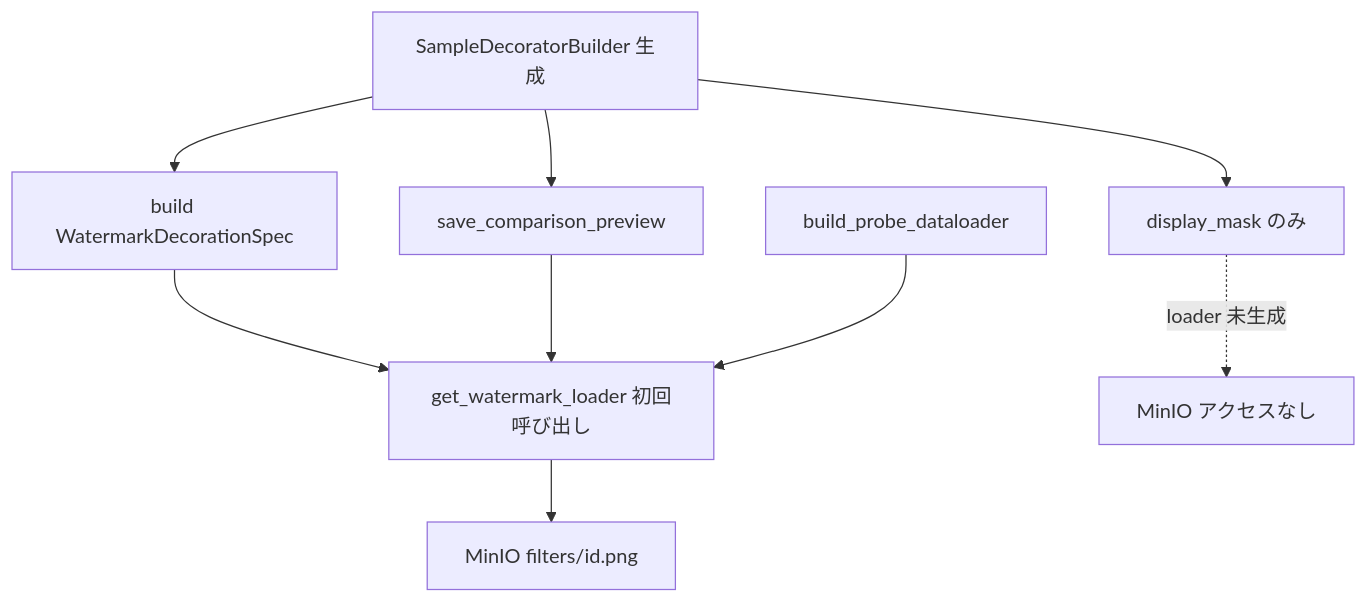
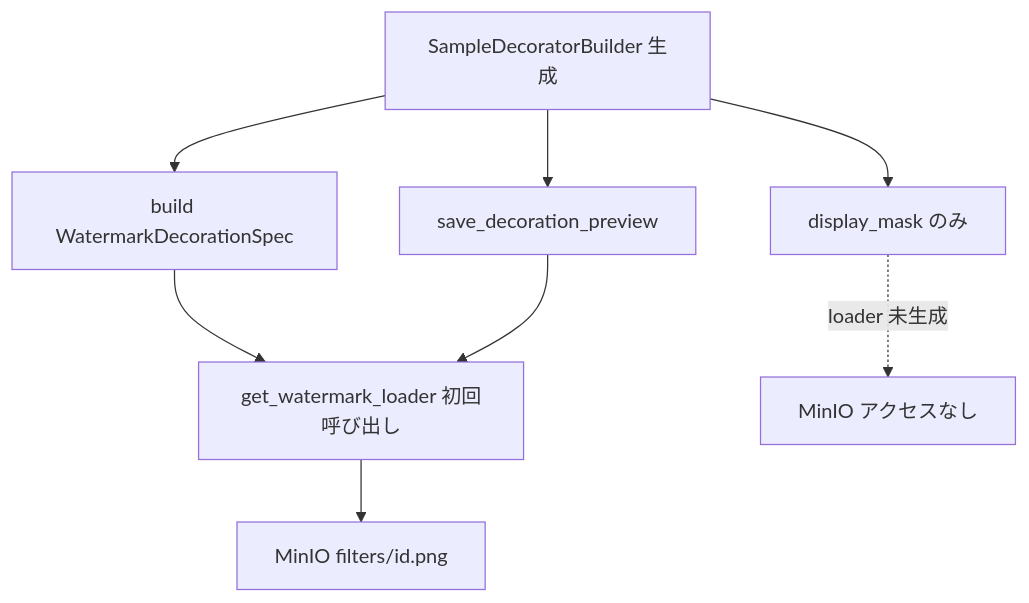
The ninth of 13 diagrams in worker/docs/SPECIFICATION.md (GoldenPoisonedApple/MIAOS), drawn with Mermaid before and after one commit. The commit also changed other lines of this file and 12 other files, not shown here.

````diff
--- a/worker/docs/SPECIFICATION.md
+++ b/worker/docs/SPECIFICATION.md
@@ -243,19 +233,17 @@
 ```mermaid
 flowchart TD
     init["SampleDecoratorBuilder 生成"]
     dmOnly["display_mask のみ"]
     wmBuild["build WatermarkDecorationSpec"]
-    wmPreview["save_comparison_preview"]
-    wmProbe["build_probe_dataloader"]
+    wmPreview["save_decoration_preview"]
     lazy["get_watermark_loader 初回呼び出し"]
     minio["MinIO filters/id.png"]
 
     init --> dmOnly
     init --> wmBuild
     init --> wmPreview
     wmBuild --> lazy
     wmPreview --> lazy
-    wmProbe --> lazy
     lazy --> minio
     dmOnly -.->|"loader 未生成"| skip["MinIO アクセスなし"]
 ```
````
